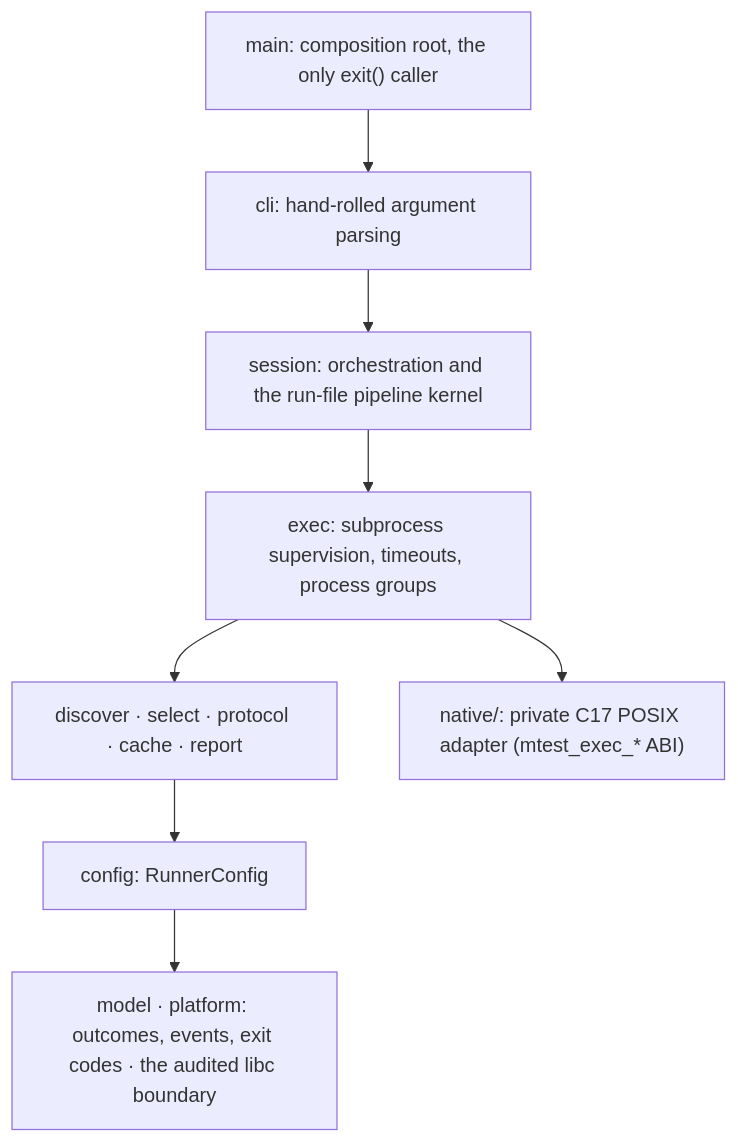
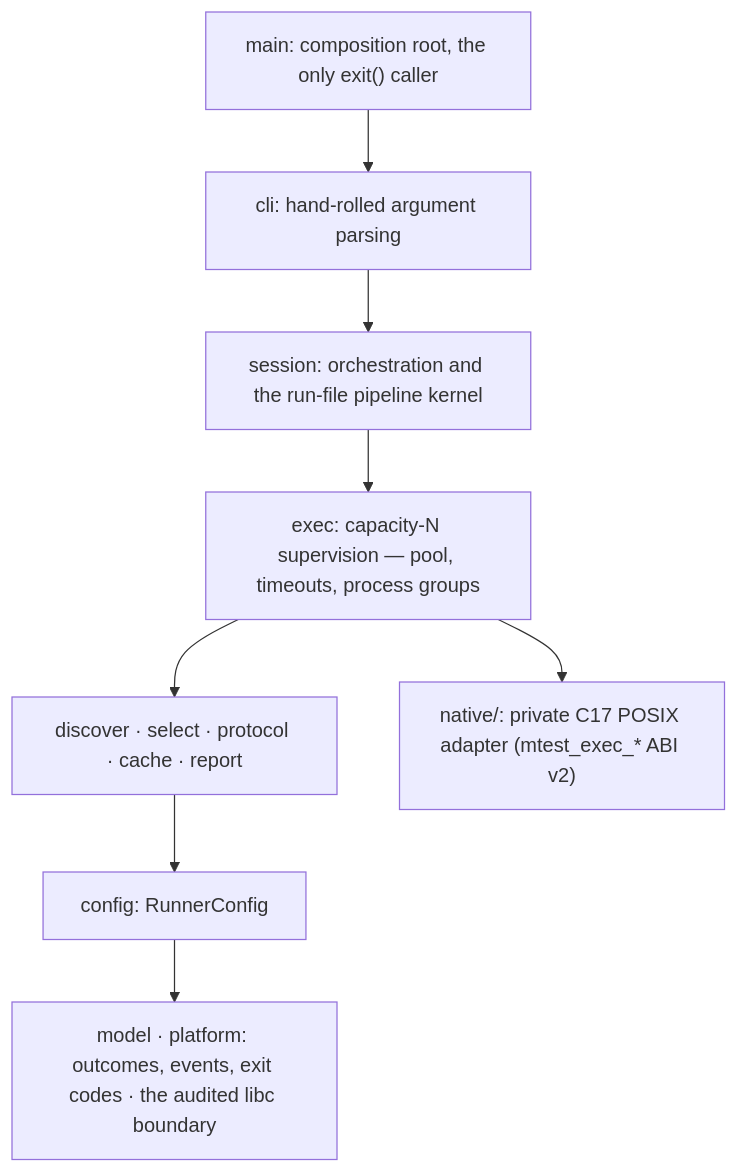
One commit to mikeleppane/mtest changed the diagram in README.md. Above: the diagram before and after it, drawn with Mermaid. The commit also changed other lines of this file and 2 other files, not shown here.

First line of the commit message:
docs(readme): the worker pool

````diff
--- a/README.md
+++ b/README.md
@@ -482,14 +506,14 @@
 ```mermaid
 flowchart TD
     main["main: composition root, the only exit() caller"]
     cli["cli: hand-rolled argument parsing"]
     session["session: orchestration and the run-file pipeline kernel"]
-    exec["exec: subprocess supervision, timeouts, process groups"]
+    exec["exec: capacity-N supervision — pool, timeouts, process groups"]
     mid["discover · select · protocol · cache · report"]
     config["config: RunnerConfig"]
     leaves["model · platform: outcomes, events, exit codes · the audited libc boundary"]
-    native["native/: private C17 POSIX adapter (mtest_exec_* ABI)"]
+    native["native/: private C17 POSIX adapter (mtest_exec_* ABI v2)"]
 
     main --> cli --> session --> exec --> mid --> config --> leaves
     exec --> native
 ```
````
